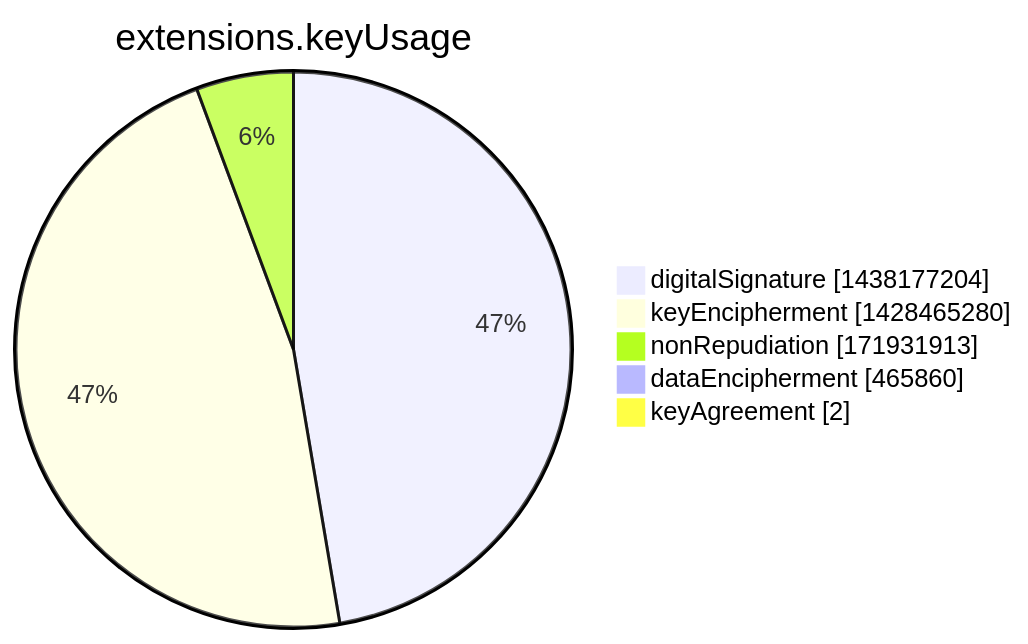
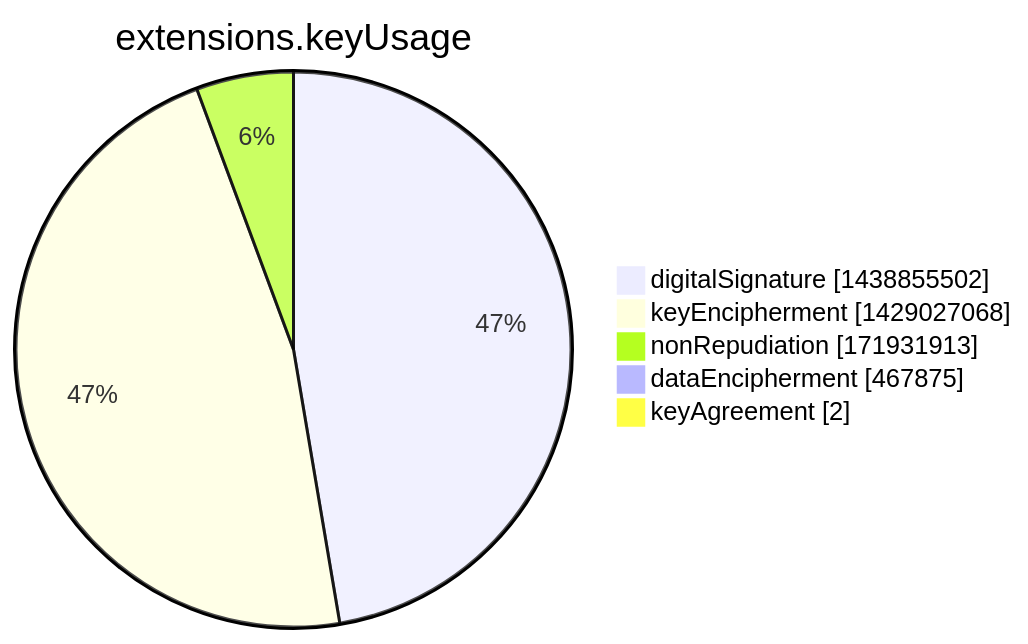
The seventh of 15 diagrams in argon2022/README.md (christiankrug/ctmonitor_visualization), drawn with Mermaid before and after one commit. The commit also changed other lines of this file, not shown here.

````diff
--- a/argon2022/README.md
+++ b/argon2022/README.md
@@ -2751,9 +2751,9 @@
 ```mermaid
 pie showData
 title extensions.keyUsage
-"digitalSignature" :1438177204
-"keyEncipherment" :1428465280
+"digitalSignature" :1438855502
+"keyEncipherment" :1429027068
 "nonRepudiation" :171931913
-"dataEncipherment" :465860
+"dataEncipherment" :467875
 "keyAgreement" :2
 ```
````
